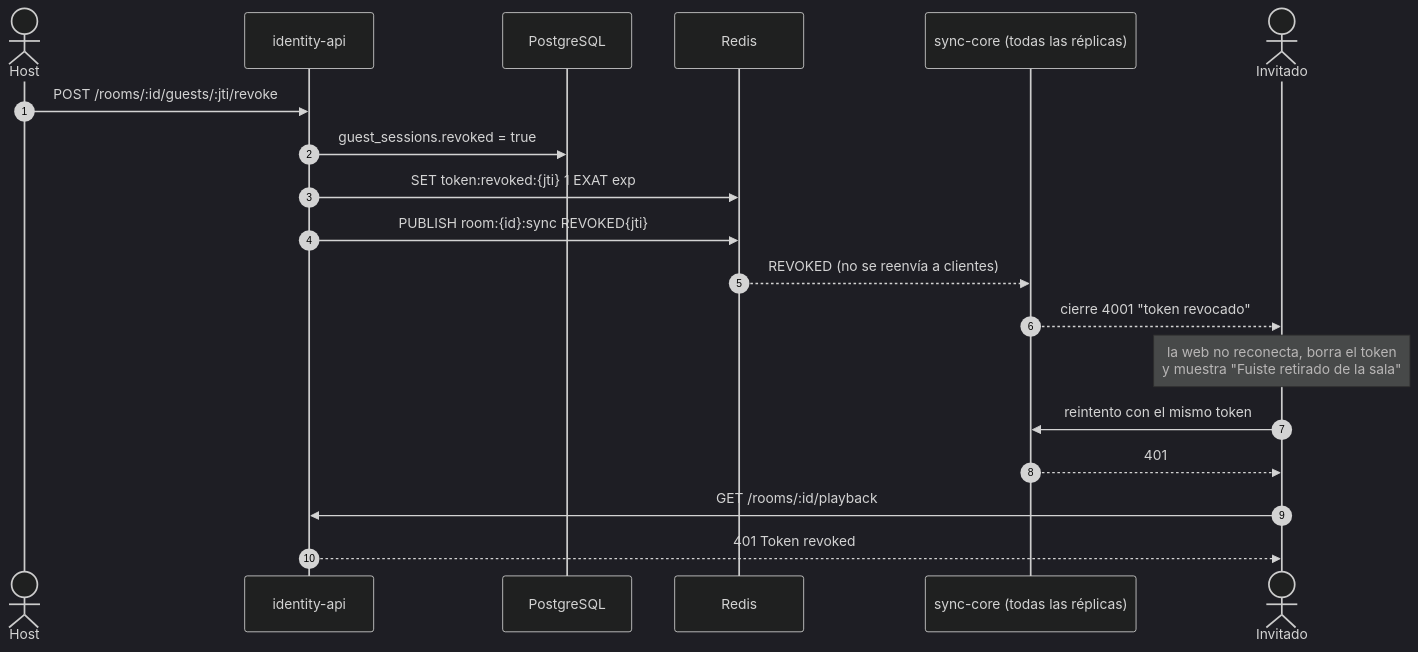
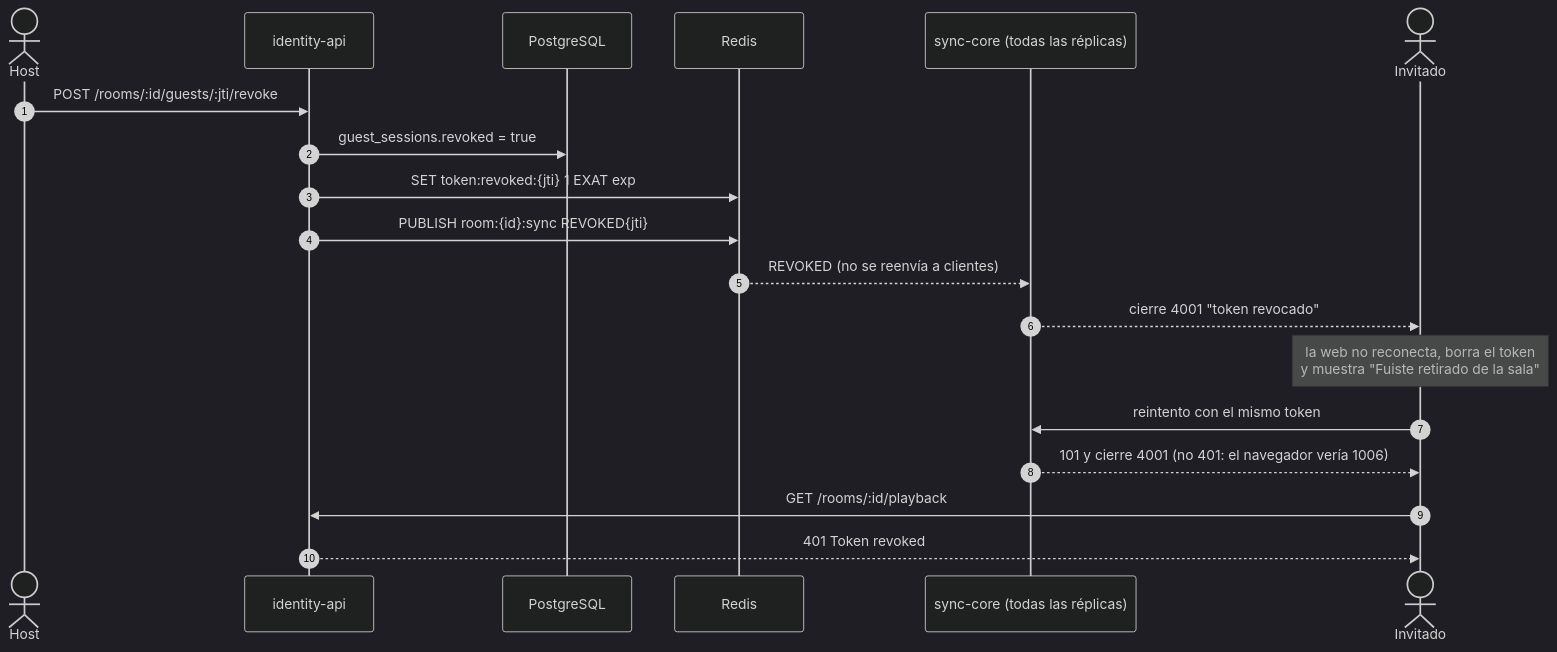
Diagram 11 of 17 in docs/dominio-reproduccion.md (N1ghtlyC0de/TINT), drawn with Mermaid (dark theme) before and after one commit. The commit also changed other lines of this file and 5 other files, not shown here.

````diff
--- a/docs/dominio-reproduccion.md
+++ b/docs/dominio-reproduccion.md
@@ -484,22 +488,22 @@
 ```mermaid
 sequenceDiagram
     autonumber
     actor Host
     participant ID as identity-api
     participant PG as PostgreSQL
     participant R as Redis
     participant SC as sync-core (todas las réplicas)
     actor Inv as Invitado
 
     Host->>ID: POST /rooms/:id/guests/:jti/revoke
     ID->>PG: guest_sessions.revoked = true
     ID->>R: SET token:revoked:{jti} 1 EXAT exp
     ID->>R: PUBLISH room:{id}:sync REVOKED{jti}
     R-->>SC: REVOKED (no se reenvía a clientes)
     SC-->>Inv: cierre 4001 "token revocado"
     Note over Inv: la web no reconecta, borra el token<br/>y muestra "Fuiste retirado de la sala"
     Inv->>SC: reintento con el mismo token
-    SC-->>Inv: 401
+    SC-->>Inv: 101 y cierre 4001 (no 401: el navegador vería 1006)
     Inv->>ID: GET /rooms/:id/playback
     ID-->>Inv: 401 Token revoked
 ```
````
